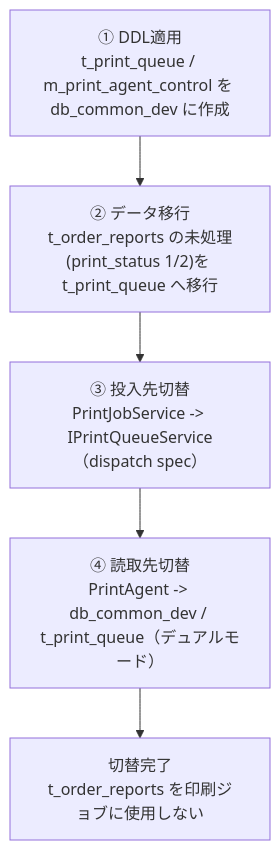
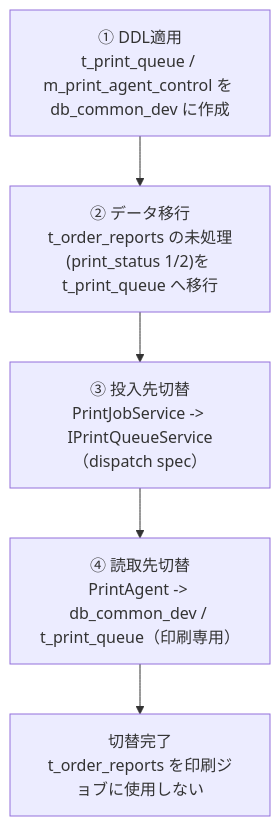
The third of 3 diagrams in .kiro/specs/CommonModule/print-platform/design.md (n-nonaka-oim/Nonaka-kiro), drawn with Mermaid before and after one commit. The commit also changed other lines of this file and 7 other files, not shown here.

````diff
--- a/.kiro/specs/CommonModule/print-platform/design.md
+++ b/.kiro/specs/CommonModule/print-platform/design.md
@@ -403,8 +399,8 @@
 ```mermaid
 flowchart TD
     S1["① DDL適用<br/>t_print_queue / m_print_agent_control を db_common_dev に作成"] --> S2
     S2["② データ移行<br/>t_order_reports の未処理(print_status 1/2)を t_print_queue へ移行"] --> S3
     S3["③ 投入先切替<br/>PrintJobService -> IPrintQueueService（dispatch spec）"] --> S4
-    S4["④ 読取先切替<br/>PrintAgent -> db_common_dev / t_print_queue（デュアルモード）"] --> S5
+    S4["④ 読取先切替<br/>PrintAgent -> db_common_dev / t_print_queue（印刷専用）"] --> S5
     S5["切替完了<br/>t_order_reports を印刷ジョブに使用しない"]
 ```
````
